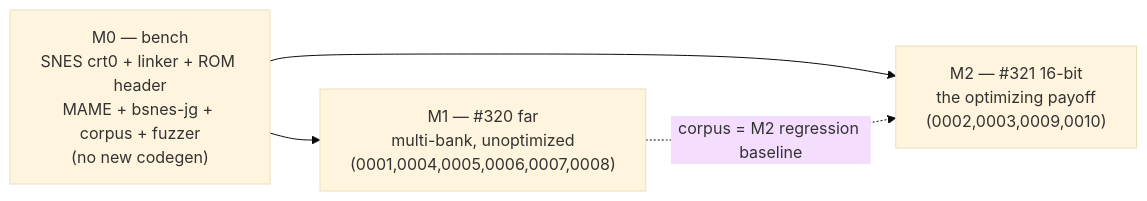
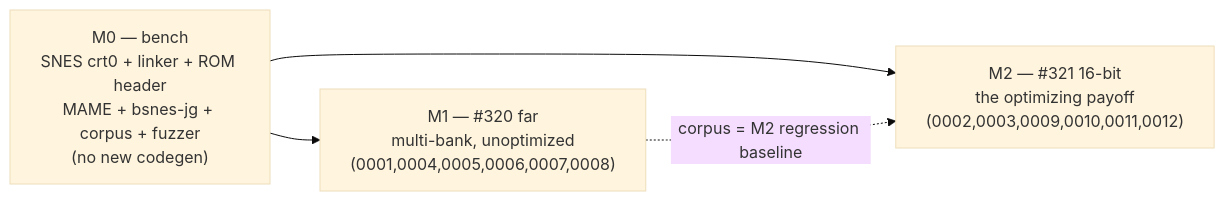
Before and after one commit to wbniv/llvm-mos-65816: the second of 5 diagrams in docs/65816-patch-series-review-guide.md, drawn with Mermaid (base theme). The commit also changed other lines of this file, not shown here.

````diff
--- a/docs/65816-patch-series-review-guide.md
+++ b/docs/65816-patch-series-review-guide.md
@@ -222,9 +240,9 @@
 ```mermaid
 flowchart LR
     M0["M0 — bench<br/>SNES crt0 + linker + ROM header<br/>MAME + bsnes-jg + corpus + fuzzer<br/>(no new codegen)"]
     M1["M1 — #320 far<br/>multi-bank, unoptimized<br/>(0001,0004,0005,0006,0007,0008)"]
-    M2["M2 — #321 16-bit<br/>the optimizing payoff<br/>(0002,0003,0009,0010)"]
+    M2["M2 — #321 16-bit<br/>the optimizing payoff<br/>(0002,0003,0009,0010,0011,0012)"]
     M0 --> M1
     M0 --> M2
     M1 -. "corpus = M2 regression baseline" .-> M2
 ```
````
